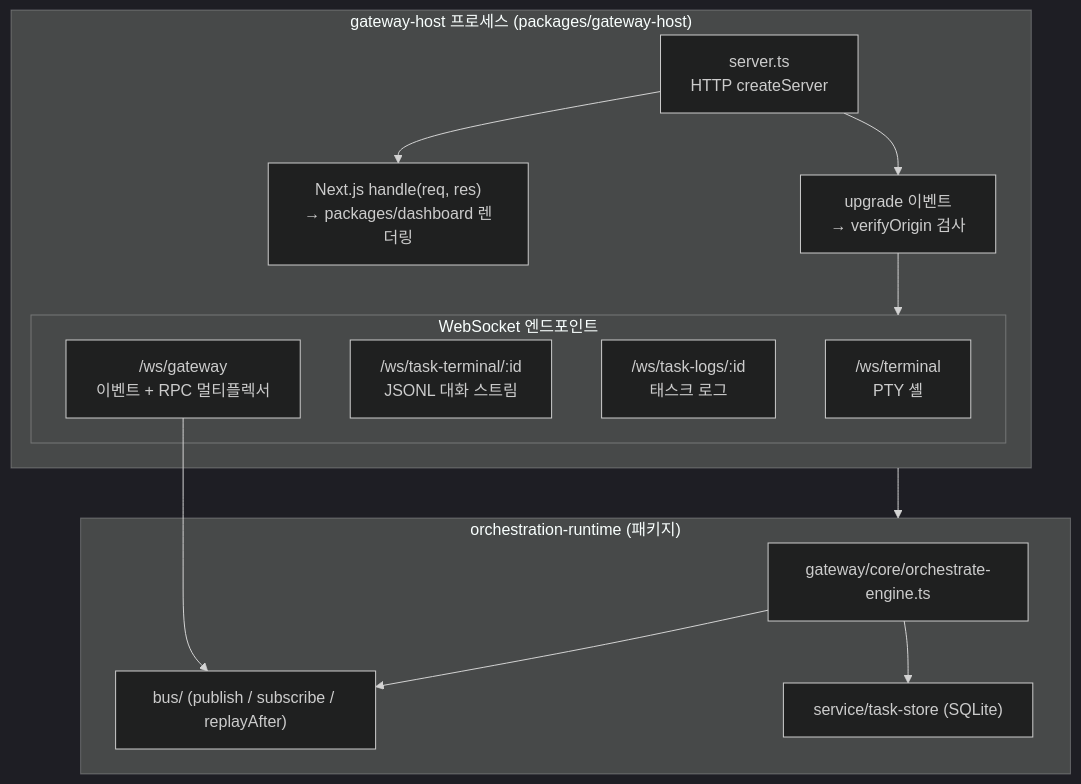
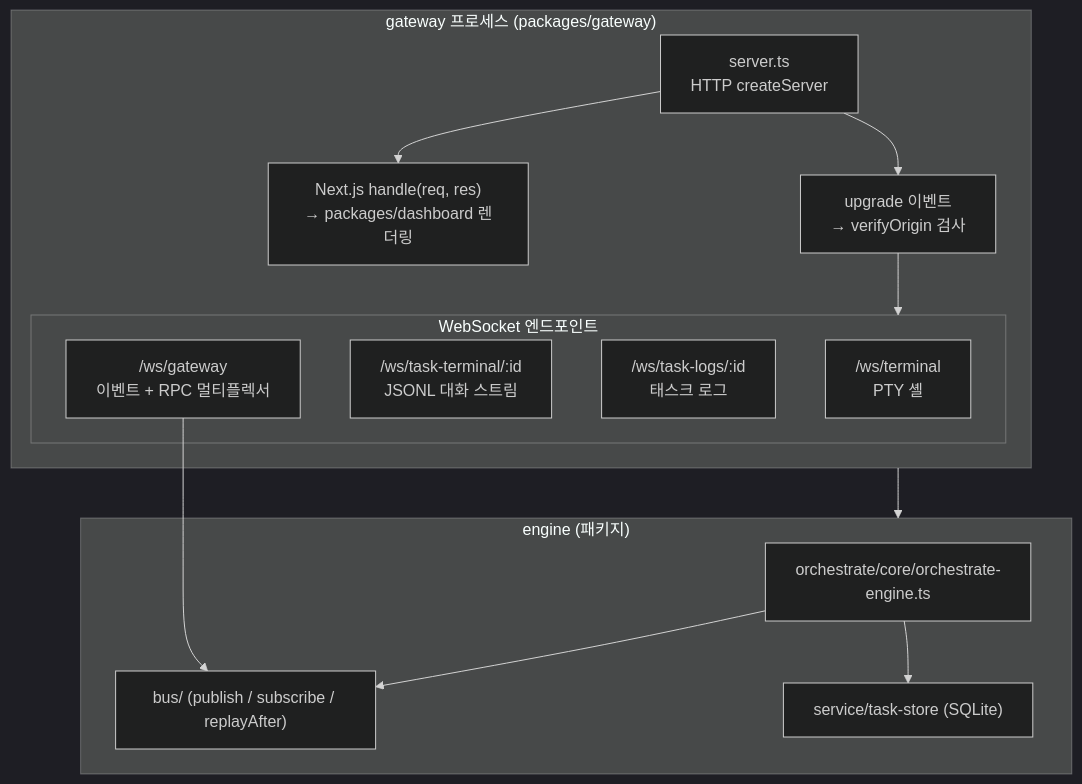
One commit to sdadaniel/orchestation changed the first of 4 diagrams in docs/architecture/orchestrator-node-architecture.md. Above: the diagram before and after it, drawn with Mermaid (dark theme). The commit also changed other lines of this file and 133 other files, not shown here.

````diff
--- a/docs/architecture/orchestrator-node-architecture.md
+++ b/docs/architecture/orchestrator-node-architecture.md
@@ -9,31 +9,31 @@
 ```mermaid
 flowchart TB
-  subgraph gw["gateway-host 프로세스 (packages/gateway-host)"]
+  subgraph gw["gateway 프로세스 (packages/gateway)"]
     server["server.ts\nHTTP createServer"]
     next_handler["Next.js handle(req, res)\n→ packages/dashboard 렌더링"]
     upgrade["upgrade 이벤트\n→ verifyOrigin 검사"]
 
     server --> next_handler
     server --> upgrade
 
     subgraph ws_endpoints["WebSocket 엔드포인트"]
       wss_terminal["/ws/terminal\nPTY 셸"]
       wss_task_terminal["/ws/task-terminal/:id\nJSONL 대화 스트림"]
       wss_task_logs["/ws/task-logs/:id\n태스크 로그"]
       wss_gateway["/ws/gateway\n이벤트 + RPC 멀티플렉서"]
     end
 
     upgrade --> ws_endpoints
   end
 
-  subgraph runtime["orchestration-runtime (패키지)"]
-    engine["gateway/core/orchestrate-engine.ts"]
+  subgraph runtime["engine (패키지)"]
+    engine["orchestrate/core/orchestrate-engine.ts"]
     bus["bus/ (publish / subscribe / replayAfter)"]
     store["service/task-store (SQLite)"]
   end
 
   gw --> runtime
   wss_gateway --> bus
   engine --> bus
   engine --> store
 ```
````
